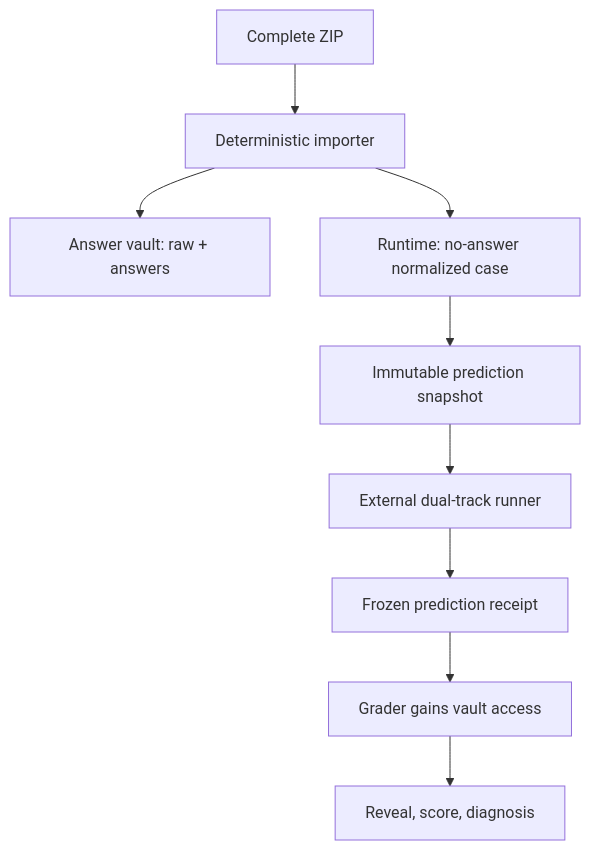
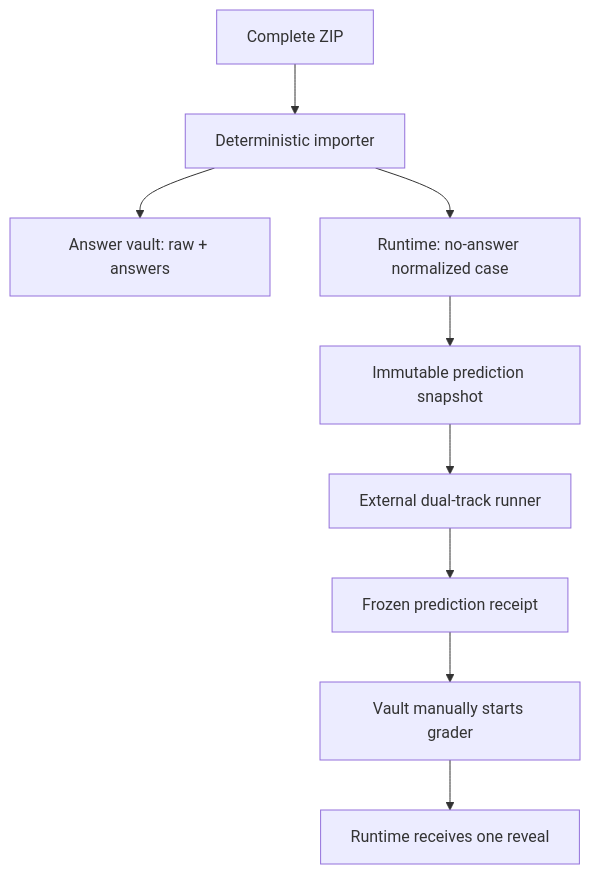
Before and after one commit to chinaneedM/ziwei-bazi-model: the diagram in README.md, drawn with Mermaid. The commit also changed other lines of this file and 73 other files, not shown here.

````diff
--- a/README.md
+++ b/README.md
@@ -21,11 +21,11 @@
 ```mermaid
 flowchart TD
     ZIP["Complete ZIP"] --> IMP["Deterministic importer"]
     IMP --> V["Answer vault: raw + answers"]
     IMP --> N["Runtime: no-answer normalized case"]
     N --> S["Immutable prediction snapshot"]
     S --> P["External dual-track runner"]
     P --> F["Frozen prediction receipt"]
-    F --> G["Grader gains vault access"]
-    G --> R["Reveal, score, diagnosis"]
+    F --> G["Vault manually starts grader"]
+    G --> R["Runtime receives one reveal"]
 ```
````
